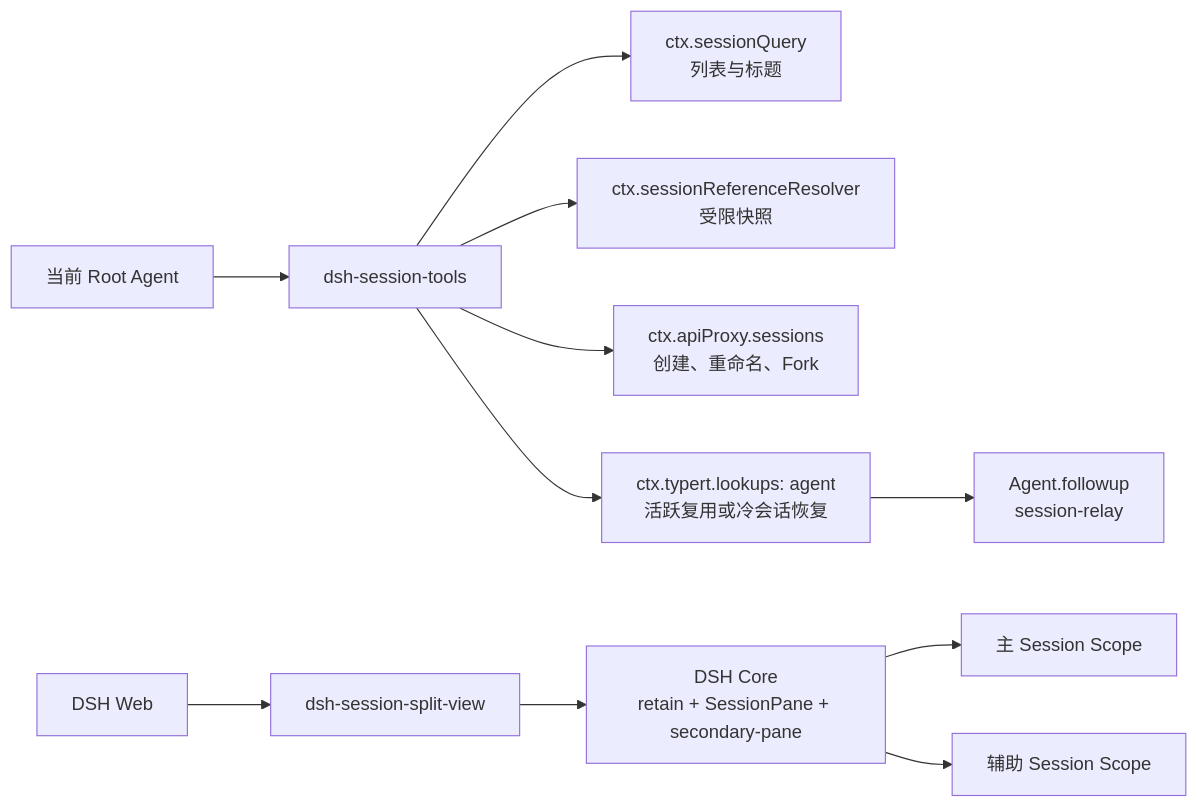
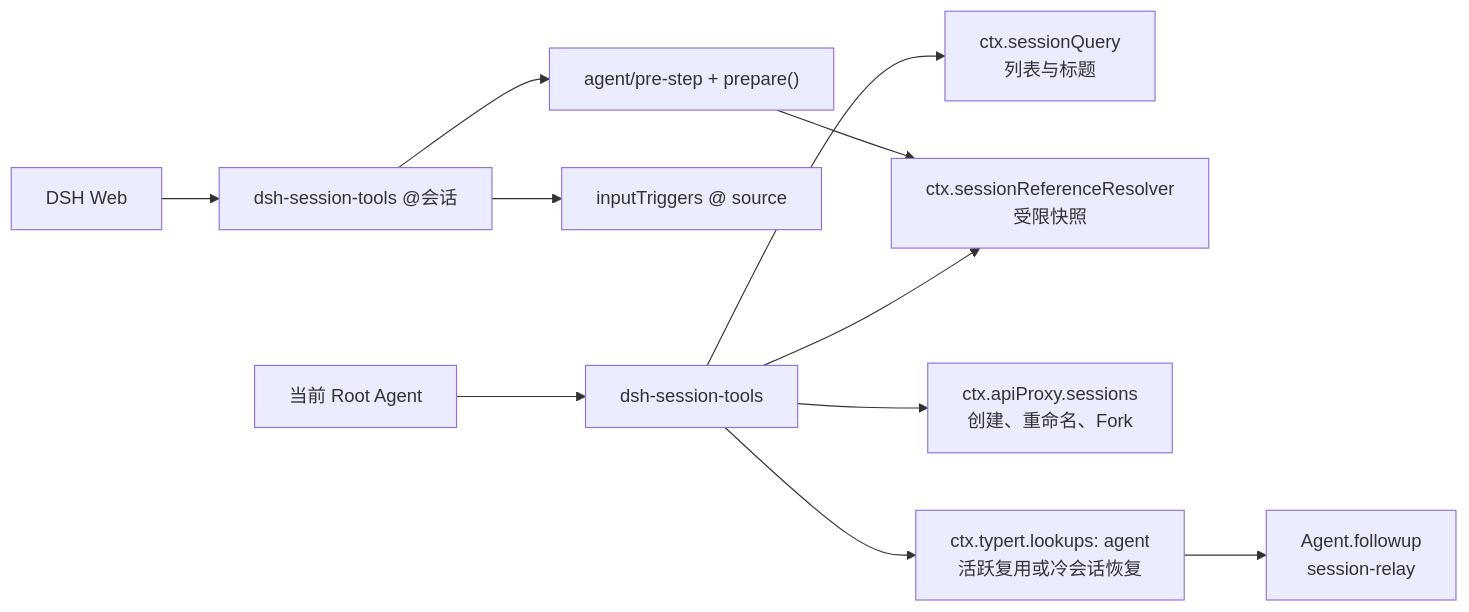
One commit to SisyphusSQ/dsh-plugins changed the diagram in docs/design/dsh-session-capabilities.md. Above: the diagram before and after it, drawn with Mermaid. The commit also changed other lines of this file and 19 other files, not shown here.

````diff
--- a/docs/design/dsh-session-capabilities.md
+++ b/docs/design/dsh-session-capabilities.md
@@ -34,14 +34,14 @@
 ```mermaid
 flowchart LR
     Agent["当前 Root Agent"] --> Tools["dsh-session-tools"]
     Tools --> Query["ctx.sessionQuery\n列表与标题"]
     Tools --> Reference["ctx.sessionReferenceResolver\n受限快照"]
     Tools --> Proxy["ctx.apiProxy.sessions\n创建、重命名、Fork"]
     Tools --> Lookup["ctx.typert.lookups: agent\n活跃复用或冷会话恢复"]
     Lookup --> Followup["Agent.followup\nsession-relay"]
 
-    Web["DSH Web"] --> Split["dsh-session-split-view"]
-    Split --> Core["DSH Core\nretain + SessionPane + secondary-pane"]
-    Core --> Main["主 Session Scope"]
-    Core --> Side["辅助 Session Scope"]
+    Web["DSH Web"] --> Mention["dsh-session-tools @会话"]
+    Mention --> Triggers["inputTriggers @ source"]
+    Mention --> PreStep["agent/pre-step + prepare()"]
+    PreStep --> Reference
 ```
````
